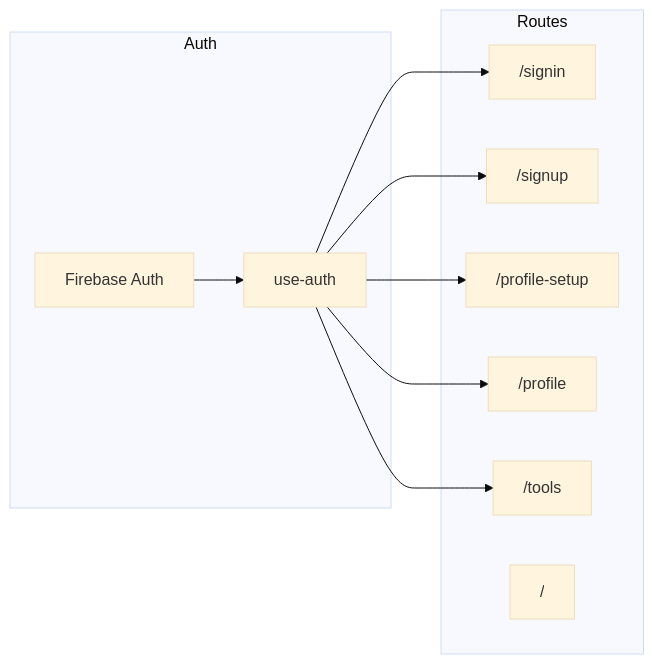
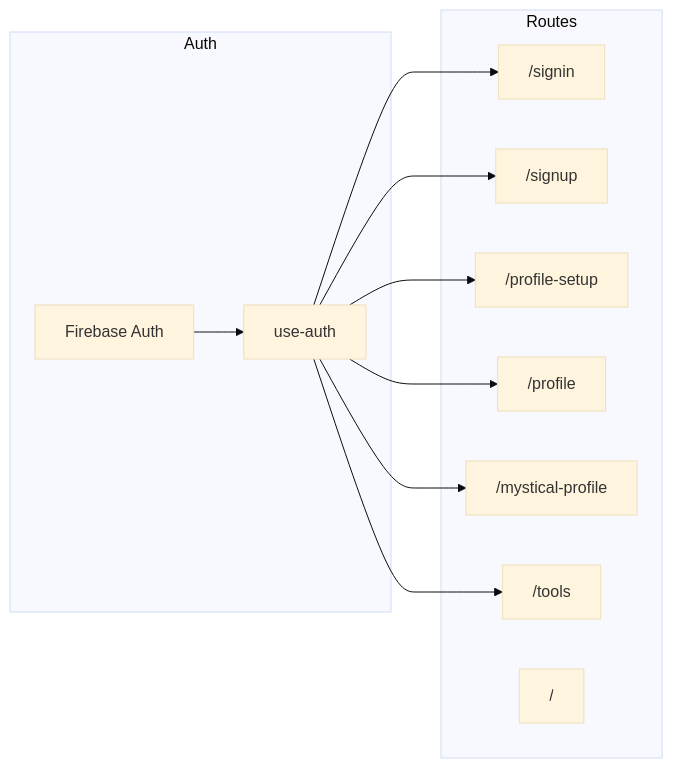
One commit to AndyOliverR/FutureSeer changed the diagram in docs/AUTH_AND_ROUTING_SUMMARY.md. Above: the diagram before and after it, drawn with Mermaid (base theme). The commit also changed other lines of this file and 13 other files, not shown here.

First line of the commit message:
feat: mystical profile hub, routing, and portrait M3 layout

````diff
--- a/docs/AUTH_AND_ROUTING_SUMMARY.md
+++ b/docs/AUTH_AND_ROUTING_SUMMARY.md
@@ -12,21 +12,23 @@
 ```mermaid
 flowchart LR
   subgraph auth [Auth]
     Firebase[Firebase Auth]
     AuthProvider[use-auth]
     Firebase --> AuthProvider
   end
   subgraph routes [Routes]
     SignIn["/signin"]
     SignUp["/signup"]
     ProfileSetup["/profile-setup"]
     Profile["/profile"]
+    MysticalProfile["/mystical-profile"]
     Tools["/tools"]
     Home["/"]
   end
   AuthProvider --> SignIn
   AuthProvider --> SignUp
   AuthProvider --> ProfileSetup
   AuthProvider --> Profile
+  AuthProvider --> MysticalProfile
   AuthProvider --> Tools
 ```
````
